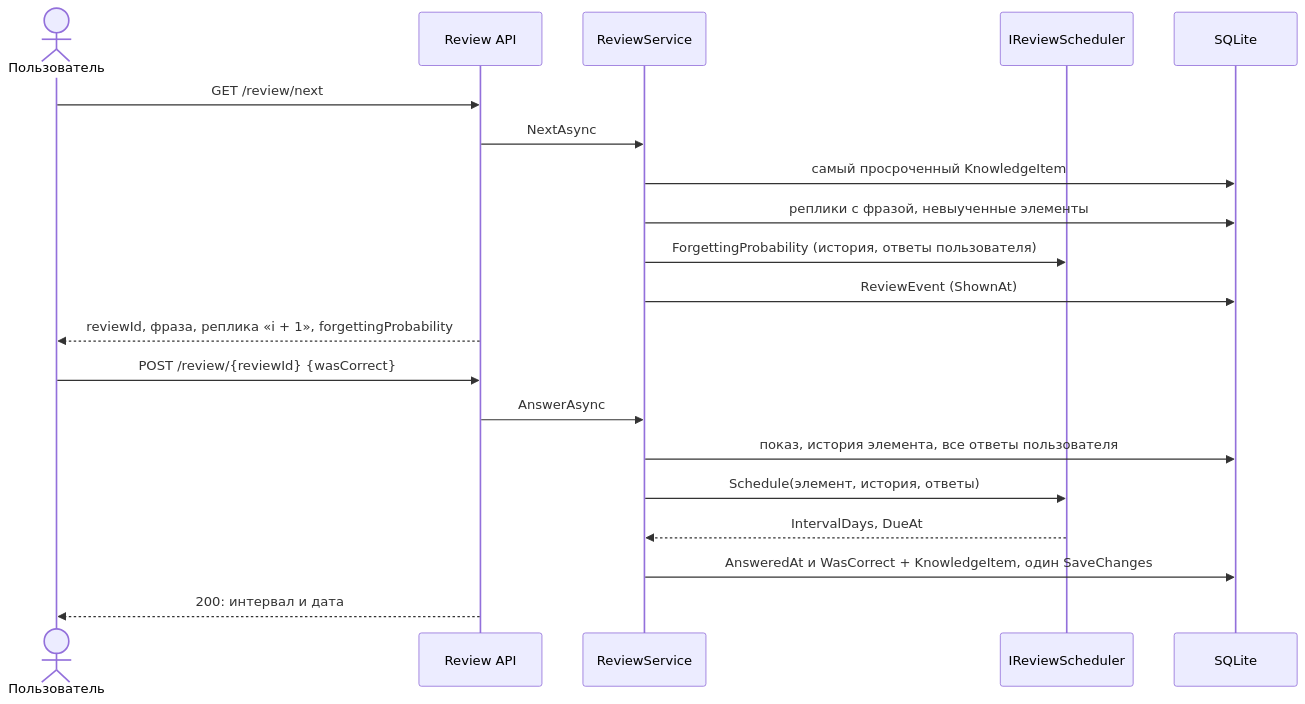
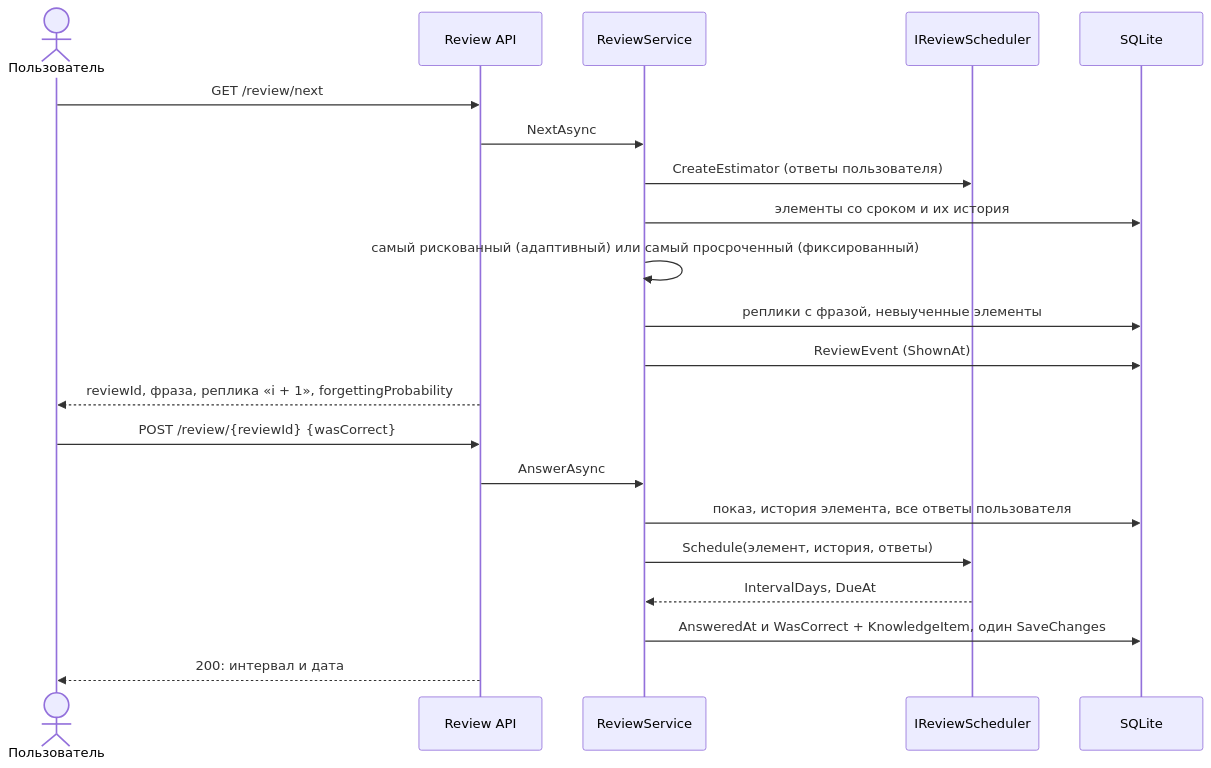
One commit to k0baboba/EasyLangApi changed the sixth of 8 diagrams in docs/04-architecture.md. Above: the diagram before and after it, drawn with Mermaid. The commit also changed 17 other files, not shown here.

````diff
--- a/docs/04-architecture.md
+++ b/docs/04-architecture.md
@@ -294,23 +294,24 @@
 ```mermaid
 sequenceDiagram
     actor U as Пользователь
     participant API as Review API
     participant RV as ReviewService
     participant RS as IReviewScheduler
     participant DB as SQLite
 
     U->>API: GET /review/next
     API->>RV: NextAsync
-    RV->>DB: самый просроченный KnowledgeItem
+    RV->>RS: CreateEstimator (ответы пользователя)
+    RV->>DB: элементы со сроком и их история
+    RV->>RV: самый рискованный (адаптивный) или самый просроченный (фиксированный)
     RV->>DB: реплики с фразой, невыученные элементы
-    RV->>RS: ForgettingProbability (история, ответы пользователя)
     RV->>DB: ReviewEvent (ShownAt)
     API-->>U: reviewId, фраза, реплика «i + 1», forgettingProbability
     U->>API: POST /review/{reviewId} {wasCorrect}
     API->>RV: AnswerAsync
     RV->>DB: показ, история элемента, все ответы пользователя
     RV->>RS: Schedule(элемент, история, ответы)
     RS-->>RV: IntervalDays, DueAt
     RV->>DB: AnsweredAt и WasCorrect + KnowledgeItem, один SaveChanges
     API-->>U: 200: интервал и дата
 ```
````
